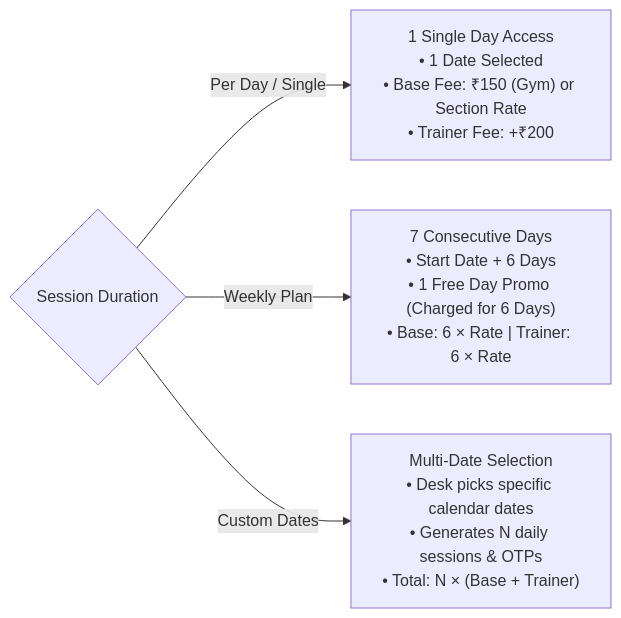
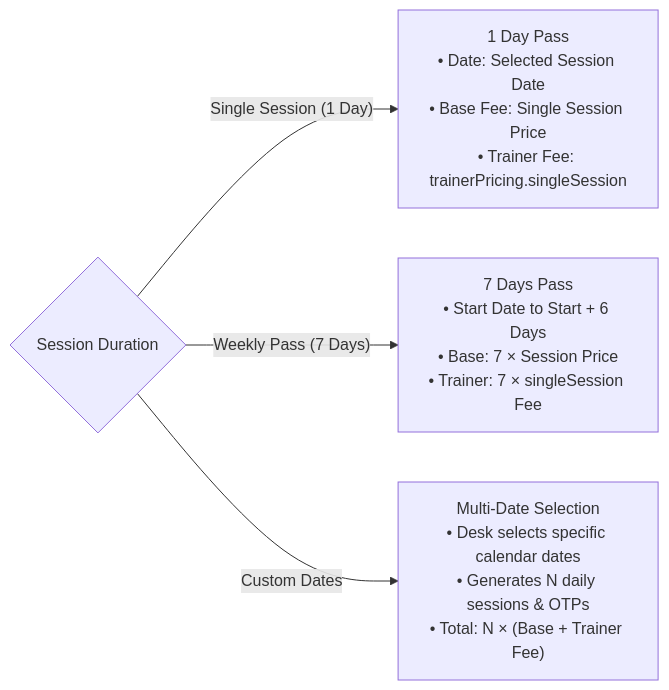
One commit to Gurusanthosh20102005/gymezy changed the third of 3 diagrams in doc/WALKIN_MODEL_AND_DESK_OPERATIONS.md. Above: the diagram before and after it, drawn with Mermaid. The commit also changed other lines of this file and 2 other files, not shown here.

Commit message:
feat(walk-in): align plan names with settings, filter zero-priced trainers, and add start date selection without emojis

````diff
--- a/doc/WALKIN_MODEL_AND_DESK_OPERATIONS.md
+++ b/doc/WALKIN_MODEL_AND_DESK_OPERATIONS.md
@@ -337,7 +342,7 @@
 ```mermaid
 flowchart LR
     Tier{"Session Duration"}
-    Tier -->|"Per Day / Single"| D1["1 Single Day Access\n• 1 Date Selected\n• Base Fee: ₹150 (Gym) or Section Rate\n• Trainer Fee: +₹200"]
-    Tier -->|"Weekly Plan"| D2["7 Consecutive Days\n• Start Date + 6 Days\n• 1 Free Day Promo (Charged for 6 Days)\n• Base: 6 × Rate | Trainer: 6 × Rate"]
-    Tier -->|"Custom Dates"| D3["Multi-Date Selection\n• Desk picks specific calendar dates\n• Generates N daily sessions & OTPs\n• Total: N × (Base + Trainer)"]
+    Tier -->|"Single Session (1 Day)"| D1["1 Day Pass\n• Date: Selected Session Date\n• Base Fee: Single Session Price\n• Trainer Fee: trainerPricing.singleSession"]
+    Tier -->|"Weekly Pass (7 Days)"| D2["7 Days Pass\n• Start Date to Start + 6 Days\n• Base: 7 × Session Price\n• Trainer: 7 × singleSession Fee"]
+    Tier -->|"Custom Dates"| D3["Multi-Date Selection\n• Desk selects specific calendar dates\n• Generates N daily sessions & OTPs\n• Total: N × (Base + Trainer Fee)"]
 ```
````
